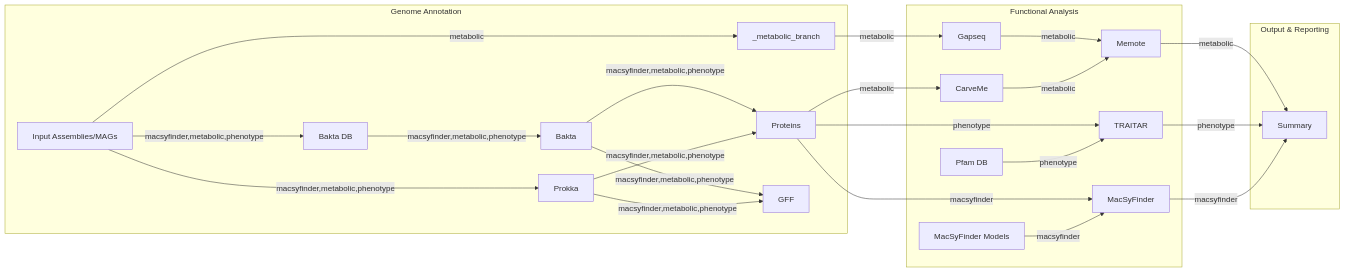
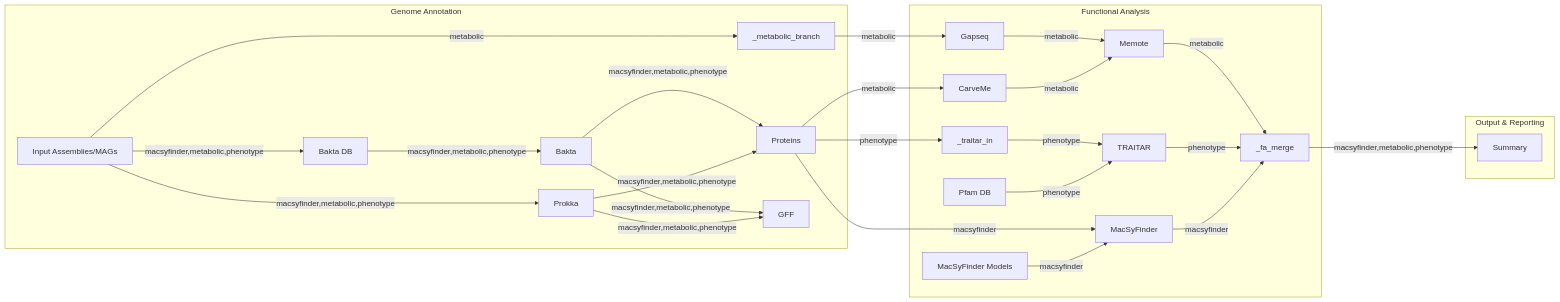
The diagram in assets/metro_map.mmd (brovolia/bacmodel), drawn with Mermaid before and after one commit. The commit also changed 37 other files, not shown here.

Commit message:
Rearranged the logic of subworkflows, fixed technical issues in schema and config

```diff
--- a/assets/metro_map.mmd
+++ b/assets/metro_map.mmd
@@ -1,87 +1,95 @@
 %%metro logo: docs/images/nf-core-bacmodel_logo_light.png
-%%metro style: light
+%%metro style: nf-core
 %%metro legend: br
 %%metro logo_scale: 0.55
 %%metro legend_min_height: 90
 %%metro legend_logo_gap: 12
 
 %% Define metro lines (analysis types)
 %%metro line: macsyfinder | Macromolecular Systems | #e63946
 %%metro line: metabolic | Metabolic Modeling | #2db572
 %%metro line: phenotype | Phenotype Prediction | #0570b0
 
 %% Grid layout
 %%metro grid: annotation | 0,0
 %%metro grid: functional_analysis | 1,0
 %%metro grid: output | 2,0
 
 %% File/directory markers
 %%metro file: input_assemblies | .fasta
 %%metro file: proteins_out | .faa
 %%metro file: gff_out | .gff
 %%metro file: summary_table | .tsv
 
-%% Lift output artefacts above the main track
-%%metro off_track: input_assemblies, proteins_out, gff_out, summary_table
+%% Lift output artefacts and side inputs off the main track
+%%metro off_track: proteins_out, gff_out, macsyfinder_models
+%%metro line_spread: centered | functional_analysis
+%% reduce empty space
+%%metro x_spacing: 45
+%%metro section_x_gap: 20
 
 graph LR
     %% Annotation section (shared by all lines)
     subgraph annotation [Genome Annotation]
         %%metro entry: left | macsyfinder, metabolic, phenotype
         %%metro exit: right | macsyfinder, metabolic, phenotype
 
         input_assemblies[Input Assemblies/MAGs]
         _metabolic_branch
         prokka[Prokka]
         bakta_db[Bakta DB]
         bakta[Bakta]
         proteins_out[Proteins]
         gff_out[GFF]
 
         input_assemblies -->|macsyfinder,metabolic,phenotype| prokka
         input_assemblies -->|macsyfinder,metabolic,phenotype| bakta_db
         bakta_db -->|macsyfinder,metabolic,phenotype| bakta
         prokka -->|macsyfinder,metabolic,phenotype| proteins_out
         bakta -->|macsyfinder,metabolic,phenotype| proteins_out
         prokka -->|macsyfinder,metabolic,phenotype| gff_out
         bakta -->|macsyfinder,metabolic,phenotype| gff_out
         input_assemblies -->|metabolic| _metabolic_branch
     end
 
     %% Functional analysis section
     subgraph functional_analysis [Functional Analysis]
         %%metro entry: left | macsyfinder, metabolic, phenotype
         %%metro exit: right | macsyfinder, metabolic, phenotype
 
         macsyfinder_models[MacSyFinder Models]
         macsyfinder[MacSyFinder]
 
         pfam_db[Pfam DB]
+        _traitar_in
         traitar[TRAITAR]
 
         carveme[CarveMe]
         gapseq_genome[Gapseq]
         memote[Memote]
+        _fa_merge
 
         macsyfinder_models -->|macsyfinder| macsyfinder
 
         pfam_db -->|phenotype| traitar
     end
 
     %% Output section
     subgraph output [Output & Reporting]
         %%metro entry: left | macsyfinder, metabolic, phenotype
 
         summary_table[Summary]
     end
 
     %% Inter-section connections
     proteins_out -->|macsyfinder| macsyfinder
-    proteins_out -->|phenotype| traitar
+    proteins_out -->|phenotype| _traitar_in
+    _traitar_in -->|phenotype| traitar
     proteins_out -->|metabolic| carveme
     _metabolic_branch -->|metabolic| gapseq_genome
-    macsyfinder -->|macsyfinder| summary_table
-    traitar -->|phenotype| summary_table
+    macsyfinder -->|macsyfinder| _fa_merge
+    traitar -->|phenotype| _fa_merge
     carveme -->|metabolic| memote
     gapseq_genome -->|metabolic| memote
-    memote -->|metabolic| summary_table
+    memote -->|metabolic| _fa_merge
+    _fa_merge -->|macsyfinder,metabolic,phenotype| summary_table
```
